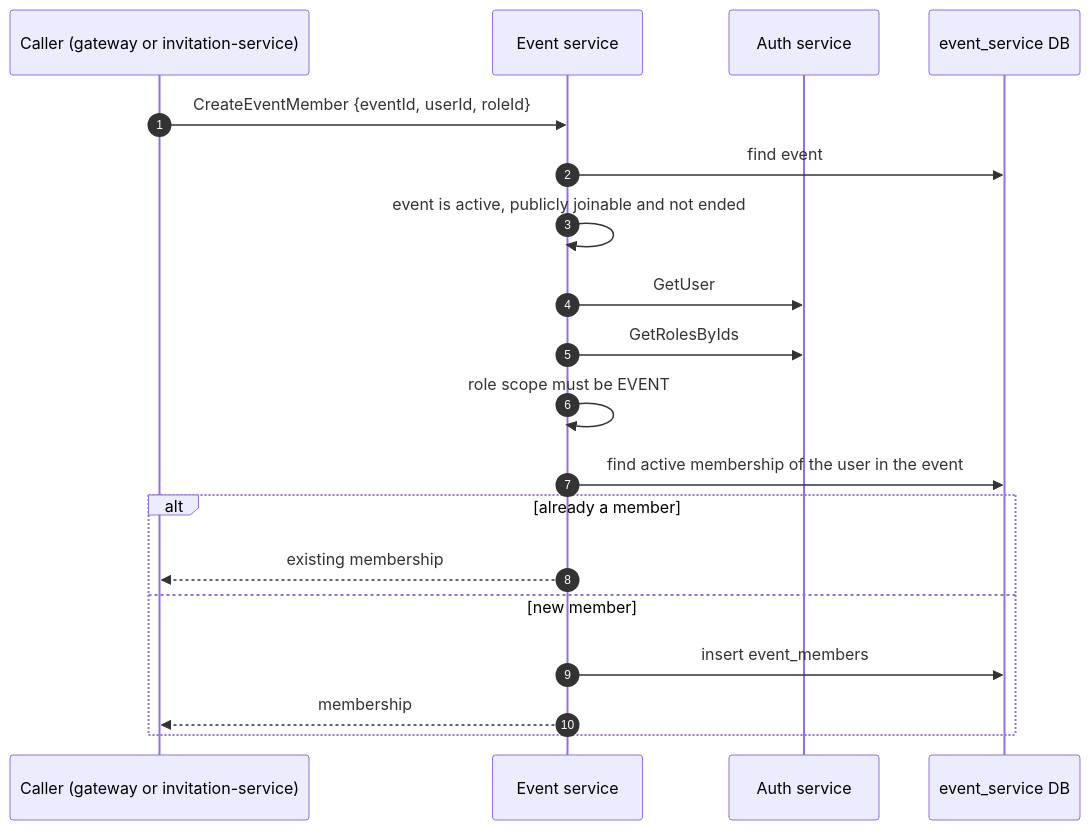
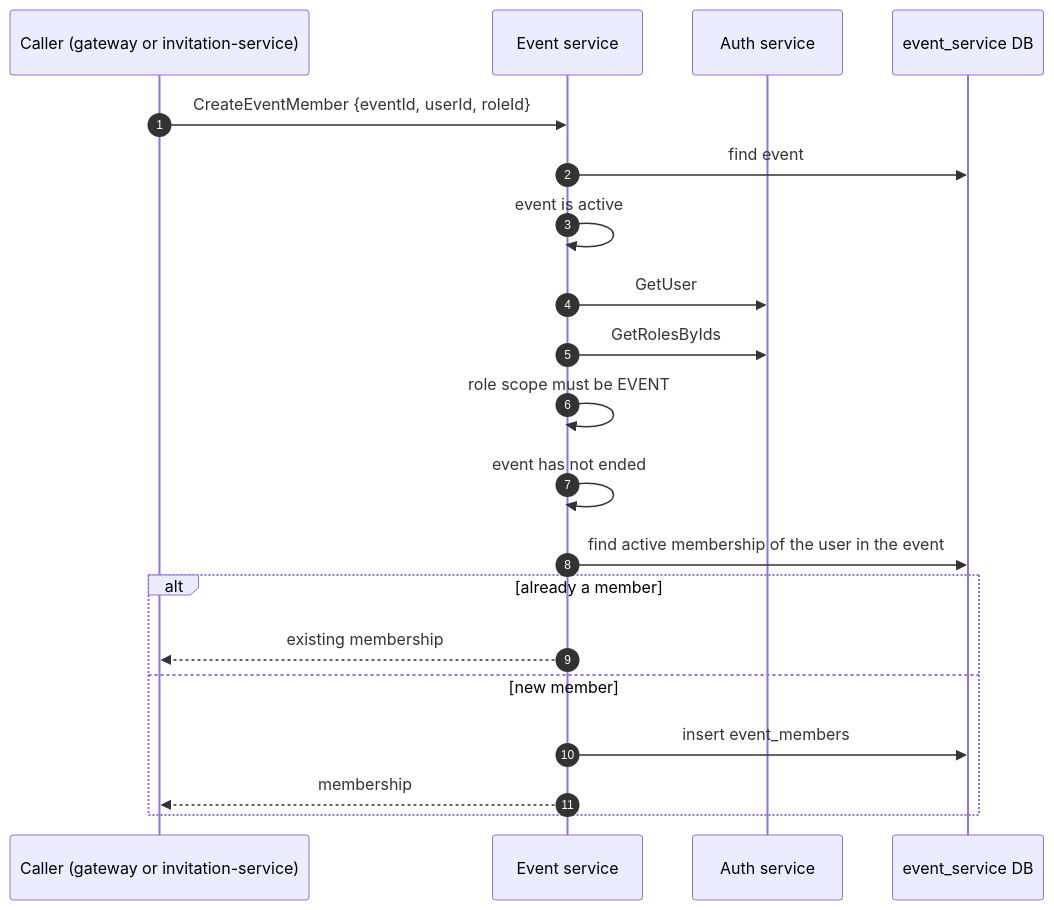
The diagram in docs/event-service/README.md (PCPI-UN/Iris), drawn with Mermaid before and after one commit. The commit also changed other lines of this file and 2 other files, not shown here.

Commit message:
[CU-1dfnv12c61x]: let invited users join events that are not publicly joinable

````diff
--- a/docs/event-service/README.md
+++ b/docs/event-service/README.md
@@ -34,22 +34,23 @@
 ```mermaid
 sequenceDiagram
     autonumber
     participant C as Caller (gateway or invitation-service)
     participant E as Event service
     participant A as Auth service
     participant DB as event_service DB
 
     C->>E: CreateEventMember {eventId, userId, roleId}
     E->>DB: find event
-    E->>E: event is active, publicly joinable and not ended
+    E->>E: event is active
     E->>A: GetUser
     E->>A: GetRolesByIds
     E->>E: role scope must be EVENT
+    E->>E: event has not ended
     E->>DB: find active membership of the user in the event
     alt already a member
         E-->>C: existing membership
     else new member
         E->>DB: insert event_members
         E-->>C: membership
     end
 ```
````
